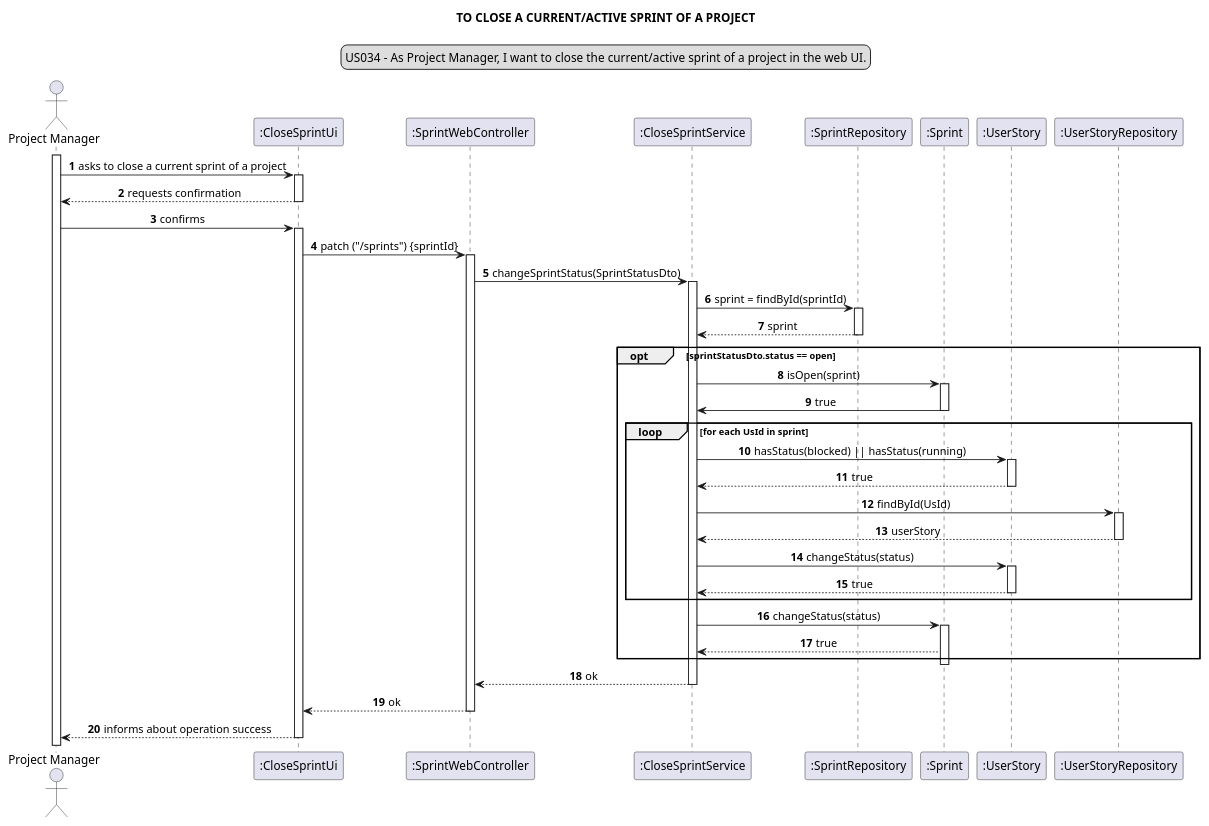
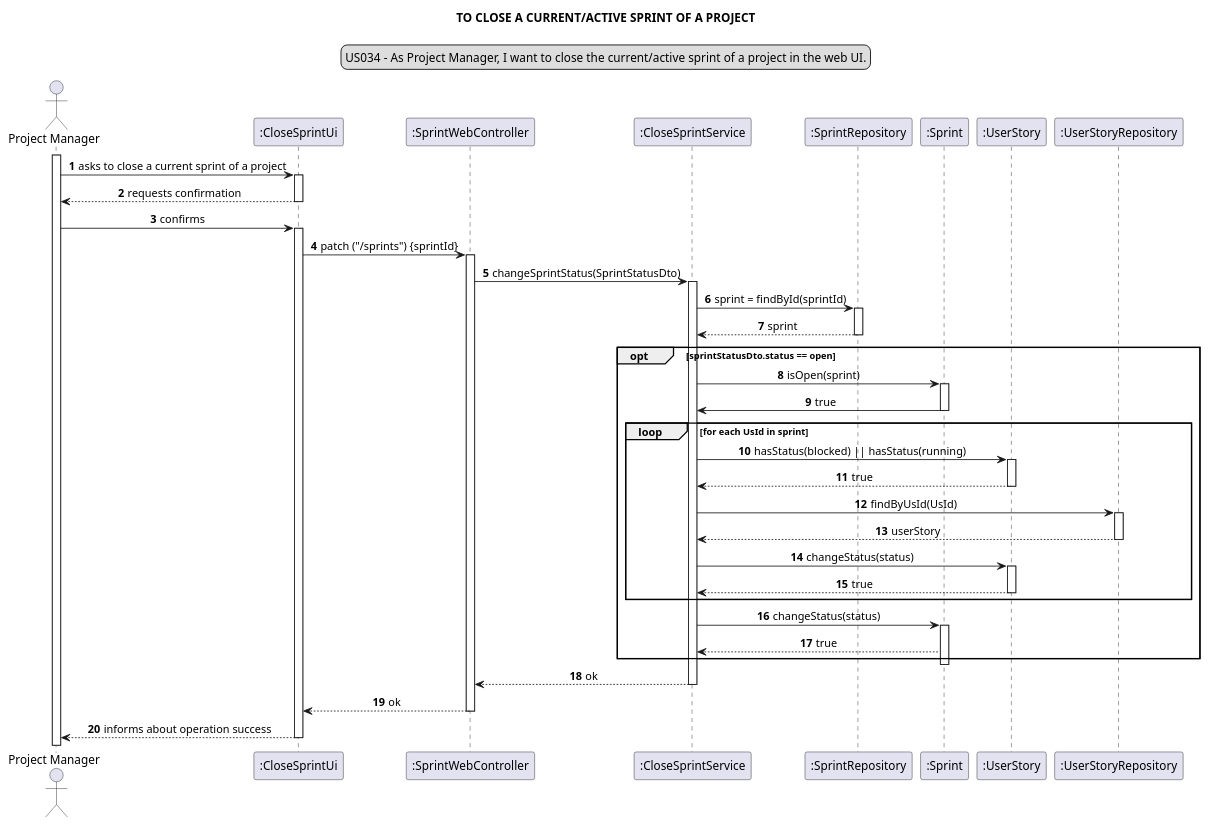
The diagram in docs/modelling_design/user_stories/sprint07/us034/US034_sequenceDiagram.puml (Loracline/project_switch_22-23), drawn with PlantUML before and after one commit. The commit also changed 6 other files, not shown here.

```diff
--- a/docs/modelling_design/user_stories/sprint07/us034/US034_sequenceDiagram.puml
+++ b/docs/modelling_design/user_stories/sprint07/us034/US034_sequenceDiagram.puml
@@ -1,66 +1,66 @@
 @startuml
 skinparam sequenceMessageAlign center
 title TO CLOSE A CURRENT/ACTIVE SPRINT OF A PROJECT
 legend top
 US034 - As Project Manager, I want to close the current/active sprint of a project in the web UI.
 end legend
 autonumber
 
 actor "Project Manager"
 participant ":CloseSprintUi" as ui
 participant ":SprintWebController" as controller
 participant ":CloseSprintService" as service
 participant ":SprintRepository" as sprintRepo
 participant ":Sprint" as sprint
 participant ":UserStory" as us
 participant ":UserStoryRepository" as usRepo
 
 activate "Project Manager"
 "Project Manager" -> ui: asks to close a current sprint of a project
 activate ui
 ui --> "Project Manager": requests confirmation
 deactivate ui
 "Project Manager" -> ui: confirms
 activate ui
 ui -> controller: patch ("/sprints") {sprintId}
 activate controller
 controller -> service: changeSprintStatus(SprintStatusDto)
 activate service
 service -> sprintRepo: sprint = findById(sprintId)
 activate sprintRepo
 sprintRepo --> service: sprint
 deactivate sprintRepo
 opt sprintStatusDto.status == open
 
 service -> sprint: isOpen(sprint)
 activate sprint
 sprint -> service: true
 deactivate sprint
 
 loop for each UsId in sprint
 service -> us: hasStatus(blocked) || hasStatus(running)
 activate us
 us --> service: true
 deactivate us
-service -> usRepo: findById(UsId)
+service -> usRepo: findByUsId(UsId)
 activate usRepo
 usRepo --> service: userStory
 deactivate usRepo
 service -> us: changeStatus(status)
 activate us
 us --> service: true
 deactivate us
 end loop
 service -> sprint: changeStatus(status)
 activate sprint
 sprint --> service: true
 end opt
 deactivate sprint
 service --> controller: ok
 deactivate service
 controller --> ui: ok
 deactivate controller
 ui --> "Project Manager": informs about operation success
 deactivate ui
 
 @enduml
```
